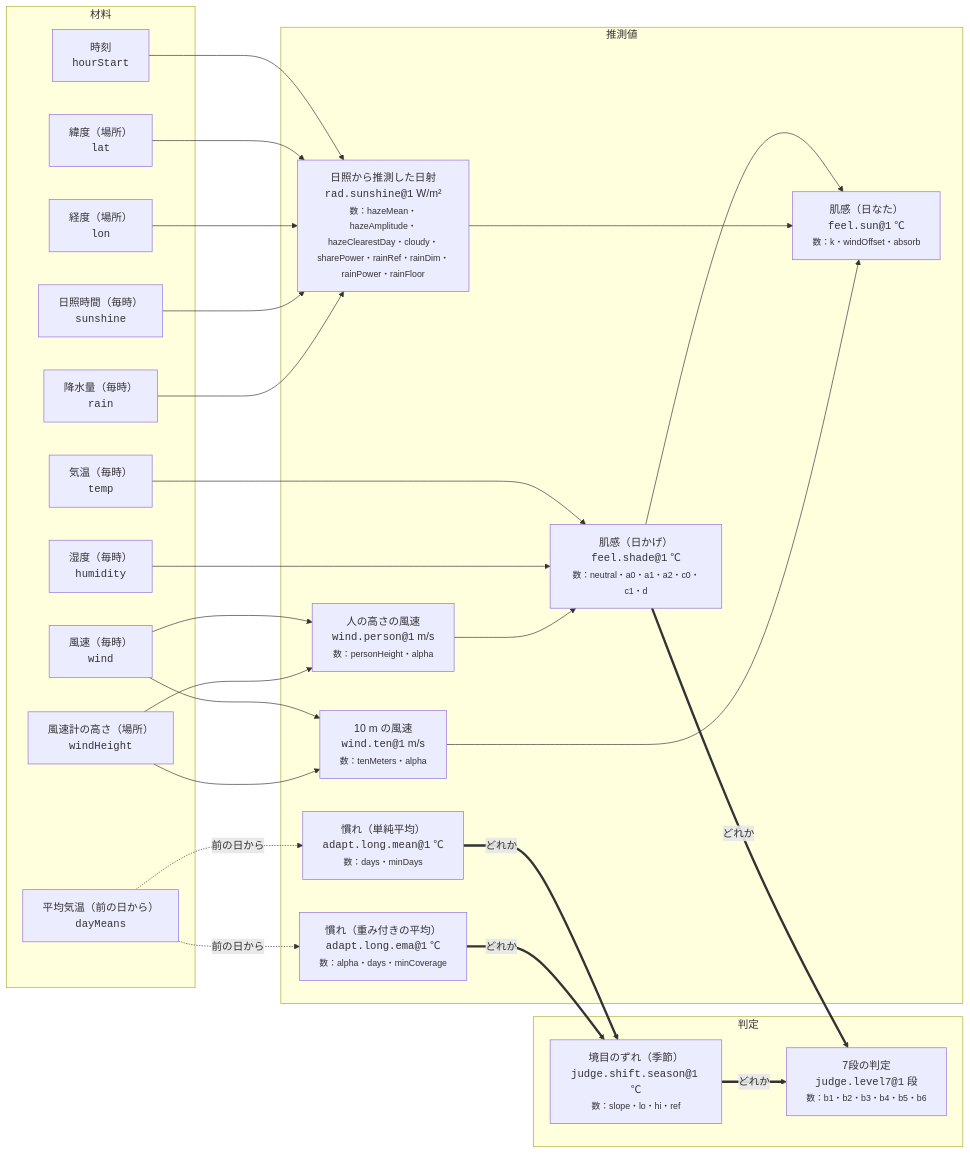
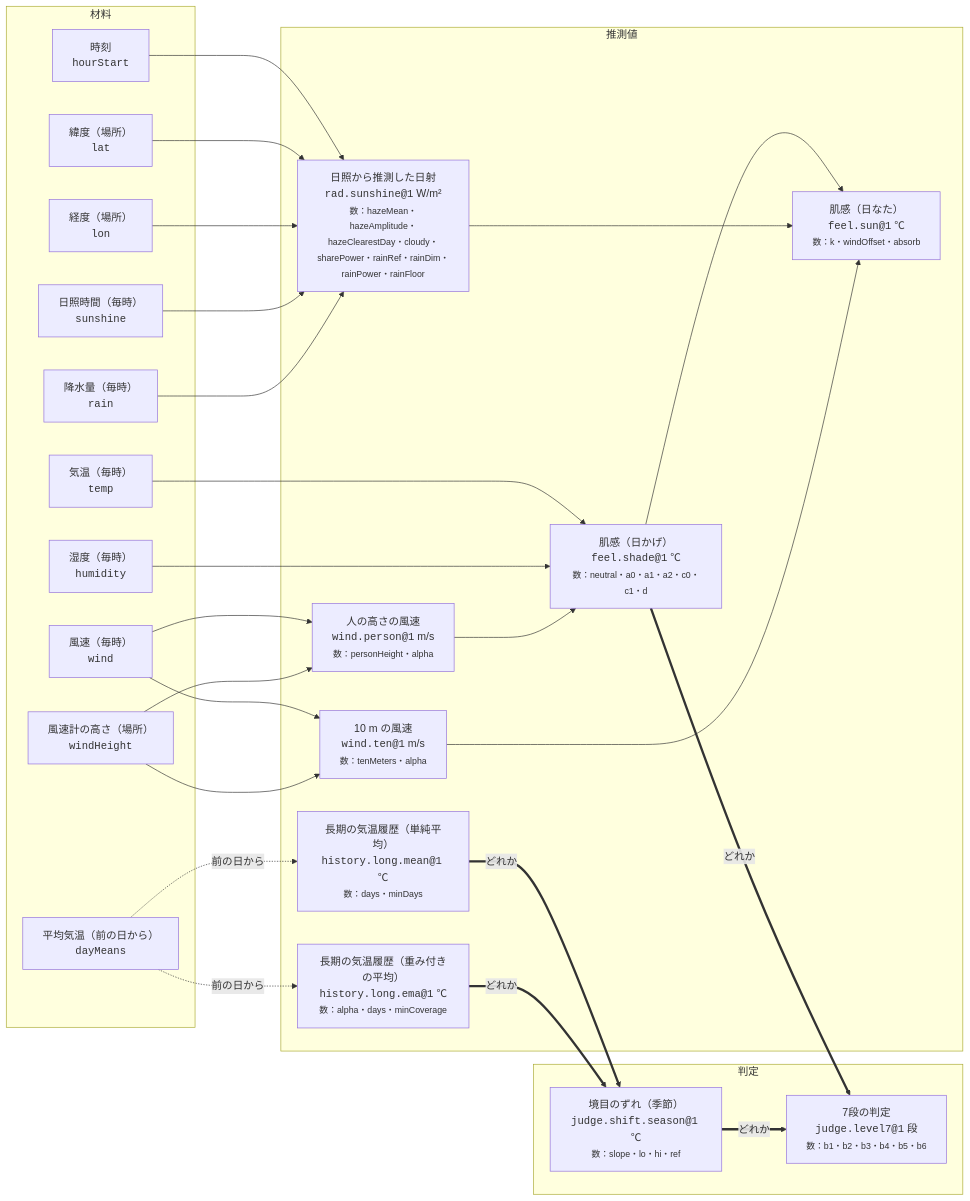
One commit to Watanabe-Masao/weather-note-cf changed the first of 2 diagrams in docs/core-map.md. Above: the diagram before and after it, drawn with Mermaid. The commit also changed other lines of this file and 24 other files, not shown here.

````diff
--- a/docs/core-map.md
+++ b/docs/core-map.md
@@ -5,49 +9,49 @@
 ```mermaid
 flowchart LR
   subgraph 材料
     temp["気温（毎時）<br><code>temp</code>"]
     humidity["湿度（毎時）<br><code>humidity</code>"]
     wind["風速（毎時）<br><code>wind</code>"]
     rain["降水量（毎時）<br><code>rain</code>"]
     sunshine["日照時間（毎時）<br><code>sunshine</code>"]
     windHeight["風速計の高さ（場所）<br><code>windHeight</code>"]
     lat["緯度（場所）<br><code>lat</code>"]
     lon["経度（場所）<br><code>lon</code>"]
     hourStart["時刻<br><code>hourStart</code>"]
     dayMeans["平均気温（前の日から）<br><code>dayMeans</code>"]
   end
   subgraph 推測値
     windPerson["人の高さの風速<br><code>wind.person@1</code> m/s<br><small>数：personHeight・alpha</small>"]
     feelShade["肌感（日かげ）<br><code>feel.shade@1</code> ℃<br><small>数：neutral・a0・a1・a2・c0・c1・d</small>"]
     radSunshine["日照から推測した日射<br><code>rad.sunshine@1</code> W/m²<br><small>数：hazeMean・hazeAmplitude・hazeClearestDay・cloudy・sharePower・rainRef・rainDim・rainPower・rainFloor</small>"]
     windTen["10 m の風速<br><code>wind.ten@1</code> m/s<br><small>数：tenMeters・alpha</small>"]
     feelSun["肌感（日なた）<br><code>feel.sun@1</code> ℃<br><small>数：k・windOffset・absorb</small>"]
-    adaptMean["慣れ（単純平均）<br><code>adapt.long.mean@1</code> ℃<br><small>数：days・minDays</small>"]
-    adaptEma["慣れ（重み付きの平均）<br><code>adapt.long.ema@1</code> ℃<br><small>数：alpha・days・minCoverage</small>"]
+    historyMean["長期の気温履歴（単純平均）<br><code>history.long.mean@1</code> ℃<br><small>数：days・minDays</small>"]
+    historyEma["長期の気温履歴（重み付きの平均）<br><code>history.long.ema@1</code> ℃<br><small>数：alpha・days・minCoverage</small>"]
   end
   subgraph 判定
     seasonShift["境目のずれ（季節）<br><code>judge.shift.season@1</code> ℃<br><small>数：slope・lo・hi・ref</small>"]
     level7["7段の判定<br><code>judge.level7@1</code> 段<br><small>数：b1・b2・b3・b4・b5・b6</small>"]
   end
   wind --> windPerson
   windHeight --> windPerson
   temp --> feelShade
   humidity --> feelShade
   windPerson --> feelShade
   hourStart --> radSunshine
   lat --> radSunshine
   lon --> radSunshine
   sunshine --> radSunshine
   rain --> radSunshine
   wind --> windTen
   windHeight --> windTen
   feelShade --> feelSun
   radSunshine --> feelSun
   windTen --> feelSun
-  dayMeans -. 前の日から .-> adaptMean
-  dayMeans -. 前の日から .-> adaptEma
-  adaptMean == どれか ==> seasonShift
-  adaptEma == どれか ==> seasonShift
+  dayMeans -. 前の日から .-> historyMean
+  dayMeans -. 前の日から .-> historyEma
+  historyMean == どれか ==> seasonShift
+  historyEma == どれか ==> seasonShift
   feelShade == どれか ==> level7
   seasonShift == どれか ==> level7
 ```
````
